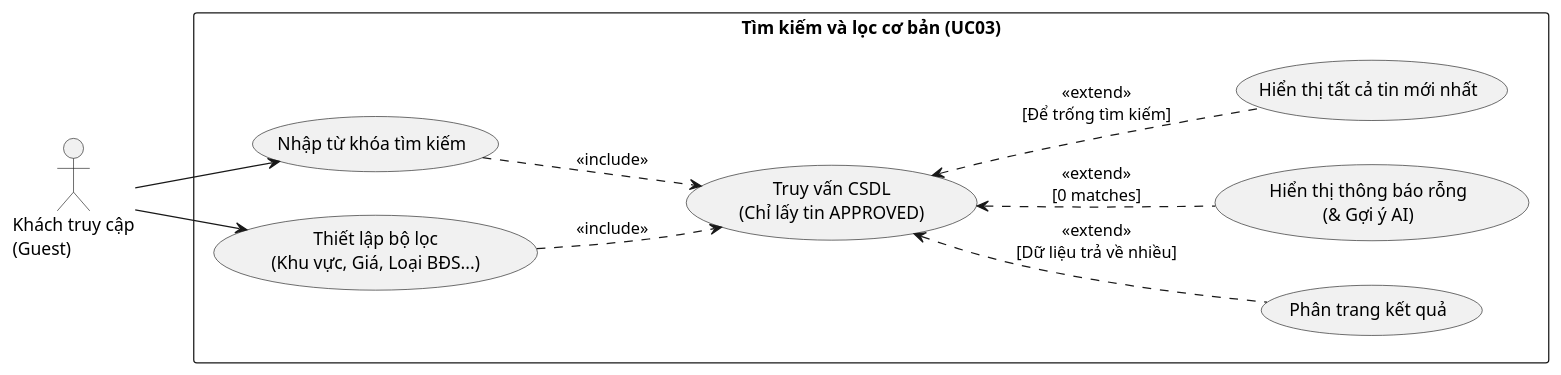
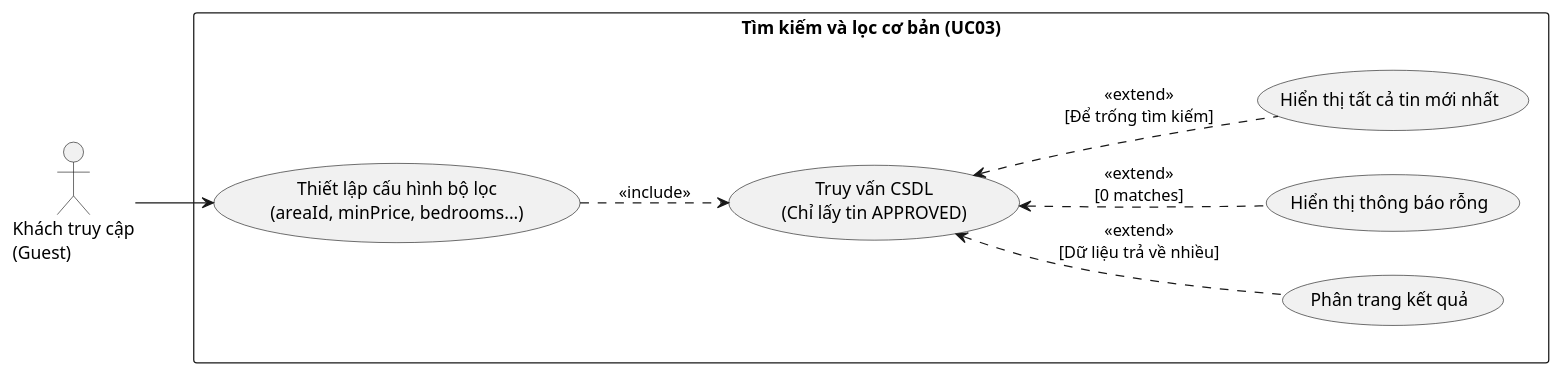
Before and after one commit to chishiya2309/LeaseLink-Backend: the diagram in src/main/java/vn/hcmute/edu/lequanghung_nguyenthaibao/backend/uml/UC03/uc3.puml, drawn with PlantUML. The commit also changed 3 other files, not shown here.

Commit message:
Điều chỉnh các UML của UC03

```diff
--- a/src/main/java/vn/hcmute/edu/lequanghung_nguyenthaibao/backend/uml/UC03/uc3.puml
+++ b/src/main/java/vn/hcmute/edu/lequanghung_nguyenthaibao/backend/uml/UC03/uc3.puml
@@ -1,30 +1,27 @@
 @startuml
 left to right direction
 skinparam packageStyle rectangle
 
 actor "Khách truy cập\n(Guest)" as guest
 
 package "Tìm kiếm và lọc cơ bản (UC03)" {
-    usecase "Nhập từ khóa tìm kiếm" as UC_Search
-    usecase "Thiết lập bộ lọc\n(Khu vực, Giá, Loại BĐS...)" as UC_Filter
+    usecase "Thiết lập cấu hình bộ lọc\n(areaId, minPrice, bedrooms...)" as UC_Filter
     usecase "Truy vấn CSDL\n(Chỉ lấy tin APPROVED)" as UC_Query
 
     usecase "Phân trang kết quả" as UC_Paginate
-    usecase "Hiển thị thông báo rỗng\n(& Gợi ý AI)" as UC_Empty
+    usecase "Hiển thị thông báo rỗng" as UC_Empty
     usecase "Hiển thị tất cả tin mới nhất" as UC_All
 }
 
 ' Thao tác của Actor
-guest --> UC_Search
 guest --> UC_Filter
 
 ' Mối quan hệ Include (Bắt buộc)
-UC_Search ..> UC_Query : <<include>>
 UC_Filter ..> UC_Query : <<include>>
 
 ' Mối quan hệ Extend (Luồng ngoại lệ / Mở rộng)
 UC_Paginate .up.> UC_Query : <<extend>>\n[Dữ liệu trả về nhiều]
 UC_Empty .up.> UC_Query : <<extend>>\n[0 matches]
 UC_All .up.> UC_Query : <<extend>>\n[Để trống tìm kiếm]
 
 @enduml
```
